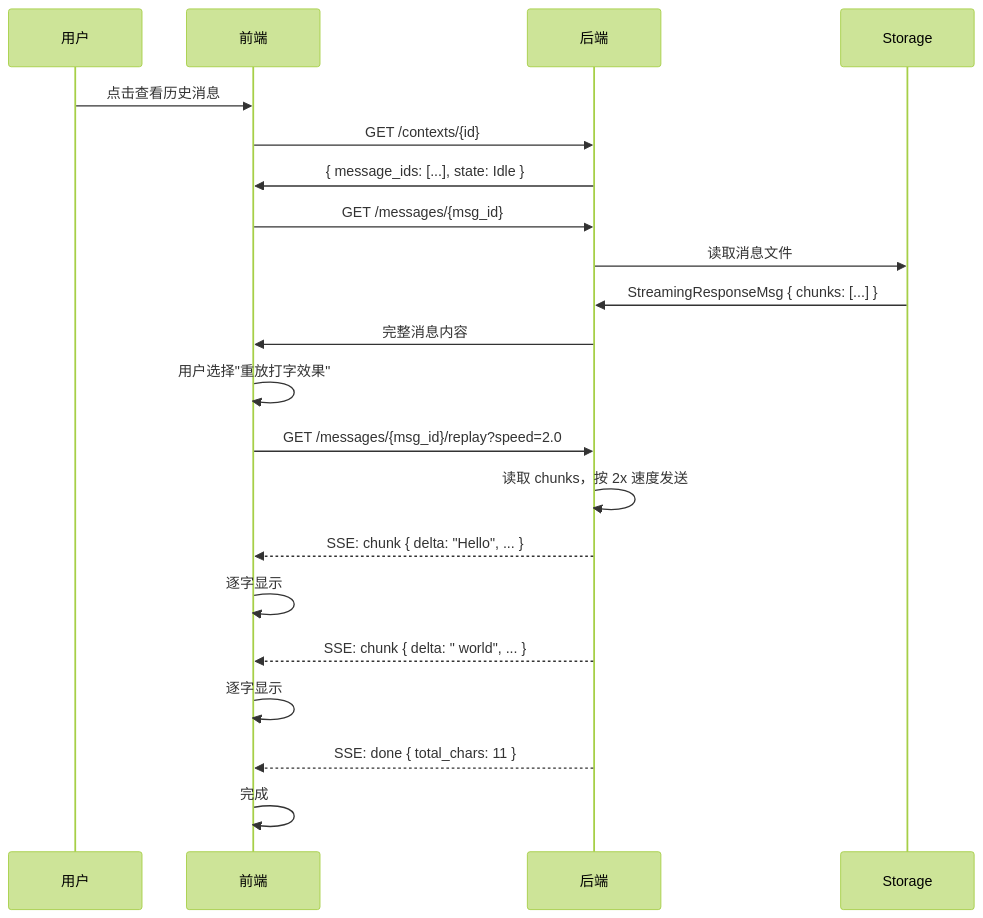
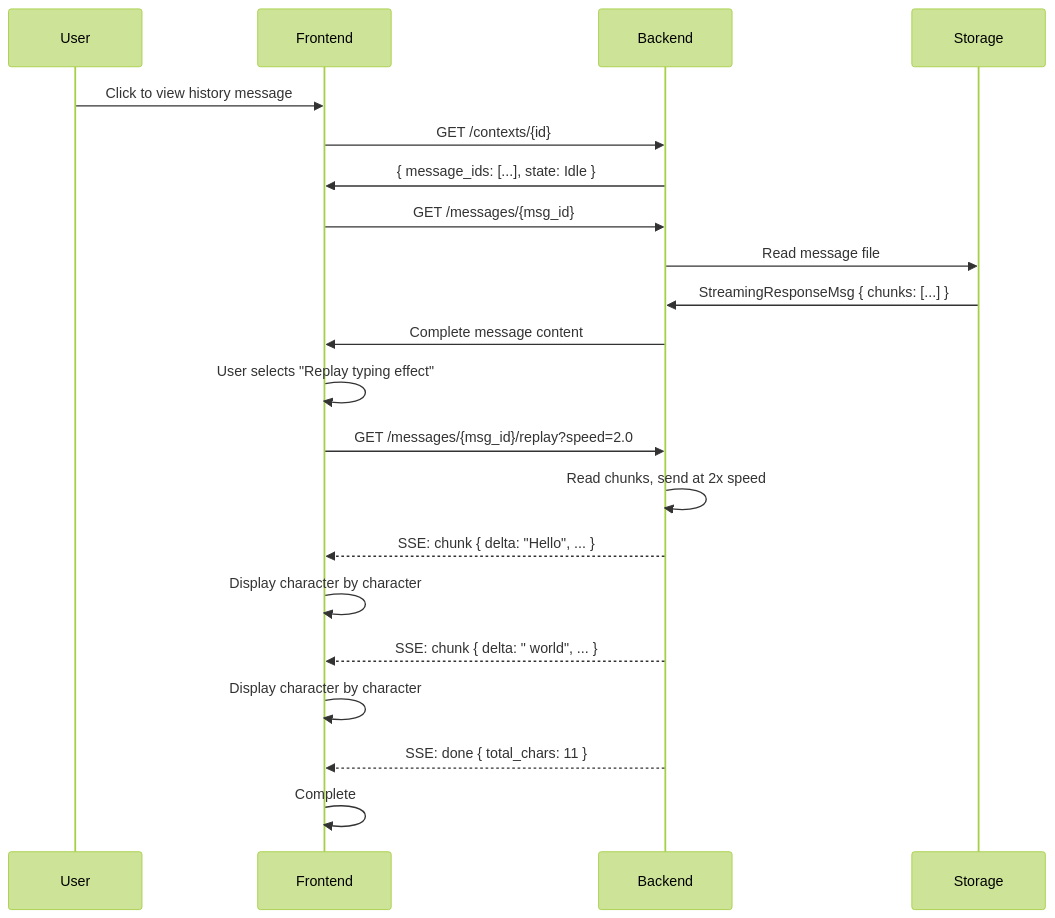
One commit to bigduu/copilot_client_app changed the third of 3 diagrams in docs/reports/refactoring/frontend_backend_state_sync_review_CN.md. Above: the diagram before and after it, drawn with Mermaid (forest theme). The commit also changed other lines of this file and 49 other files, not shown here.

````diff
--- a/docs/reports/refactoring/frontend_backend_state_sync_review_CN.md
+++ b/docs/reports/refactoring/frontend_backend_state_sync_review_CN.md
@@ -357,26 +357,26 @@
 ```mermaid
 sequenceDiagram
-    participant U as 用户
-    participant F as 前端
-    participant B as 后端
+    participant U as User
+    participant F as Frontend
+    participant B as Backend
     participant S as Storage
 
-    U->>F: 点击查看历史消息
+    U->>F: Click to view history message
     F->>B: GET /contexts/{id}
     B->>F: { message_ids: [...], state: Idle }
-    
+
     F->>B: GET /messages/{msg_id}
-    B->>S: 读取消息文件
+    B->>S: Read message file
     S->>B: StreamingResponseMsg { chunks: [...] }
-    B->>F: 完整消息内容
-    
-    F->>F: 用户选择"重放打字效果"
+    B->>F: Complete message content
+
+    F->>F: User selects "Replay typing effect"
     F->>B: GET /messages/{msg_id}/replay?speed=2.0
-    B->>B: 读取 chunks，按 2x 速度发送
+    B->>B: Read chunks, send at 2x speed
     B-->>F: SSE: chunk { delta: "Hello", ... }
-    F->>F: 逐字显示
+    F->>F: Display character by character
     B-->>F: SSE: chunk { delta: " world", ... }
-    F->>F: 逐字显示
+    F->>F: Display character by character
     B-->>F: SSE: done { total_chars: 11 }
-    F->>F: 完成
+    F->>F: Complete
 ```
````
